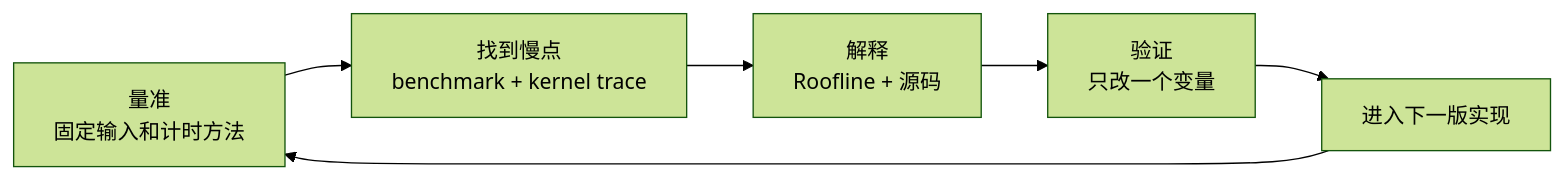
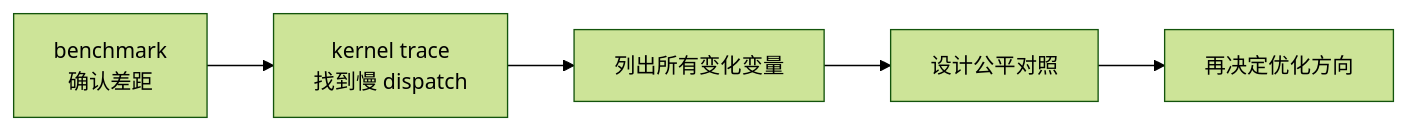
The third of 3 diagrams in docs/part1-profiling/chapter6/index.md (Weihong-Liu/hello-gpu), drawn with Mermaid (forest theme) before and after one commit. The commit also changed other lines of this file and 133 other files, not shown here.

````diff
--- a/docs/part1-profiling/chapter6/index.md
+++ b/docs/part1-profiling/chapter6/index.md
@@ -195,8 +280,7 @@
 ```mermaid
 flowchart LR
-    A[量准<br/>固定输入和计时方法] --> B[找到慢点<br/>benchmark + kernel trace]
-    B --> C[解释<br/>Roofline + 源码]
-    C --> D[验证<br/>只改一个变量]
-    D --> E[进入下一版实现]
-    E --> A
+    A[benchmark<br/>确认差距] --> B[kernel trace<br/>找到慢 dispatch]
+    B --> C[列出所有变化变量]
+    C --> D[设计公平对照]
+    D --> E[再决定优化方向]
 ```
````
